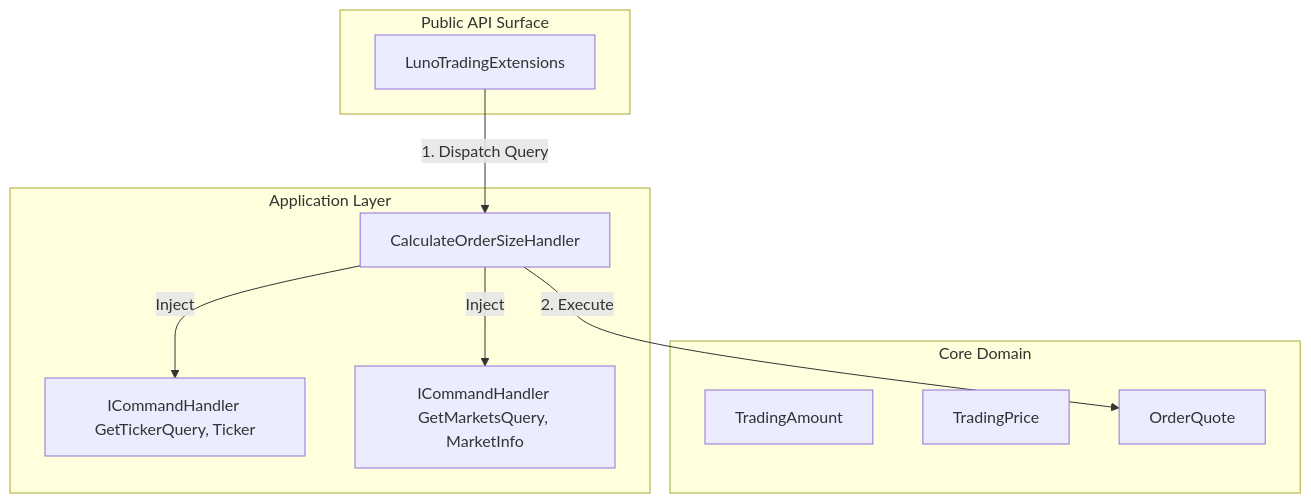
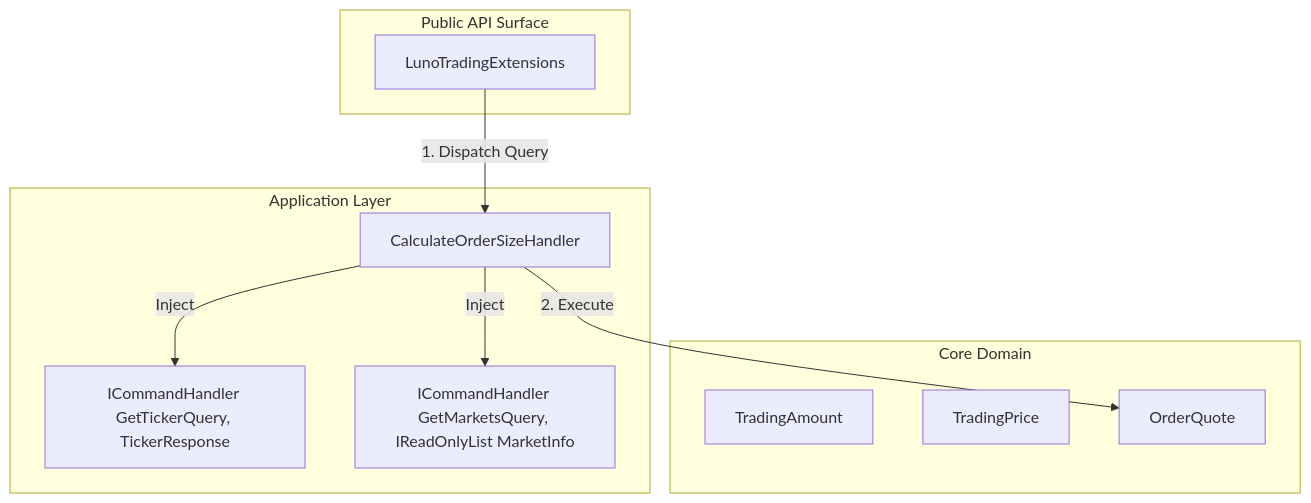
Before and after one commit to hsm207/Luno.SDK: the diagram in docs/rfcs/drafts/RFC006ext05_CalculateOrderSize.md, drawn with Mermaid. The commit also changed other lines of this file, not shown here.

````diff
--- a/docs/rfcs/drafts/RFC006ext05_CalculateOrderSize.md
+++ b/docs/rfcs/drafts/RFC006ext05_CalculateOrderSize.md
@@ -39,29 +39,29 @@
 ```mermaid
 graph TD
     %% @boundary: Public-API | Isolation: Fluent Extensions
     subgraph PublicAPI [Public API Surface]
         Extensions[LunoTradingExtensions]
     end
 
     %% @boundary: Application-Layer | Isolation: Orchestration
     subgraph Application [Application Layer]
         Handler[CalculateOrderSizeHandler]
-        TickerHandler[ICommandHandler GetTickerQuery, Ticker]
-        MarketsHandler[ICommandHandler GetMarketsQuery, MarketInfo]
+        TickerHandler[ICommandHandler GetTickerQuery, TickerResponse]
+        MarketsHandler[ICommandHandler GetMarketsQuery, IReadOnlyList MarketInfo]
         
         %% @logic: Orchestration | Dependencies: [Direct Injection]
         Handler -- "Inject" --> TickerHandler
         Handler -- "Inject" --> MarketsHandler
     end
 
     %% @boundary: Core-Domain | Isolation: Pure Value Objects
     subgraph Core [Core Domain]
         %% @logic: ValueObjects | Responsibility: Type Safety
         Amount[TradingAmount]
         Price[TradingPrice]
         Quote[OrderQuote]
     end
 
     Extensions -- "1. Dispatch Query" --> Handler
     Handler -- "2. Execute" --> Quote
 ```
````
